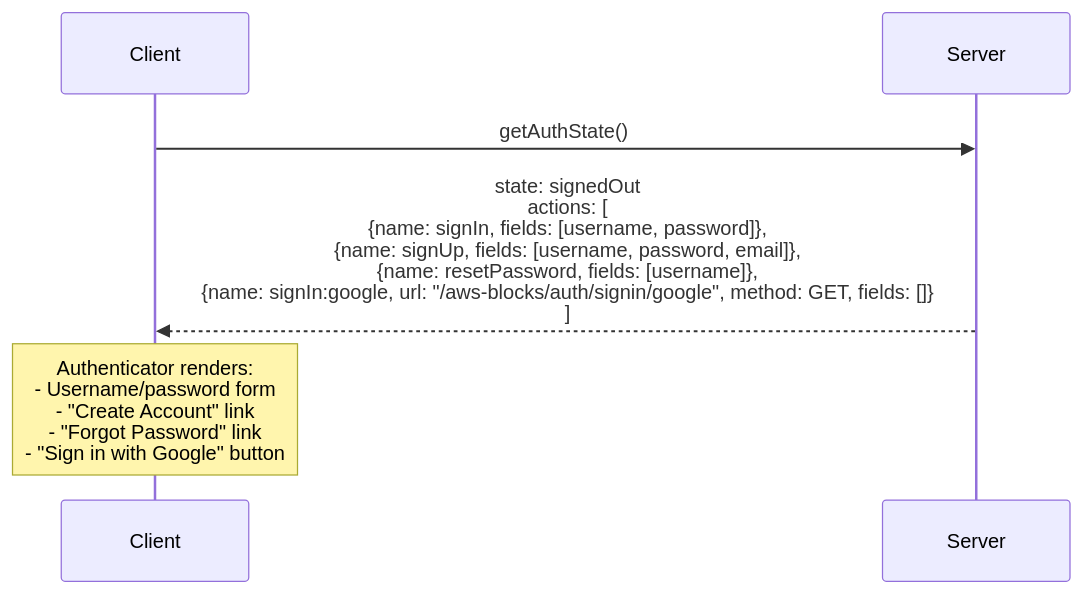
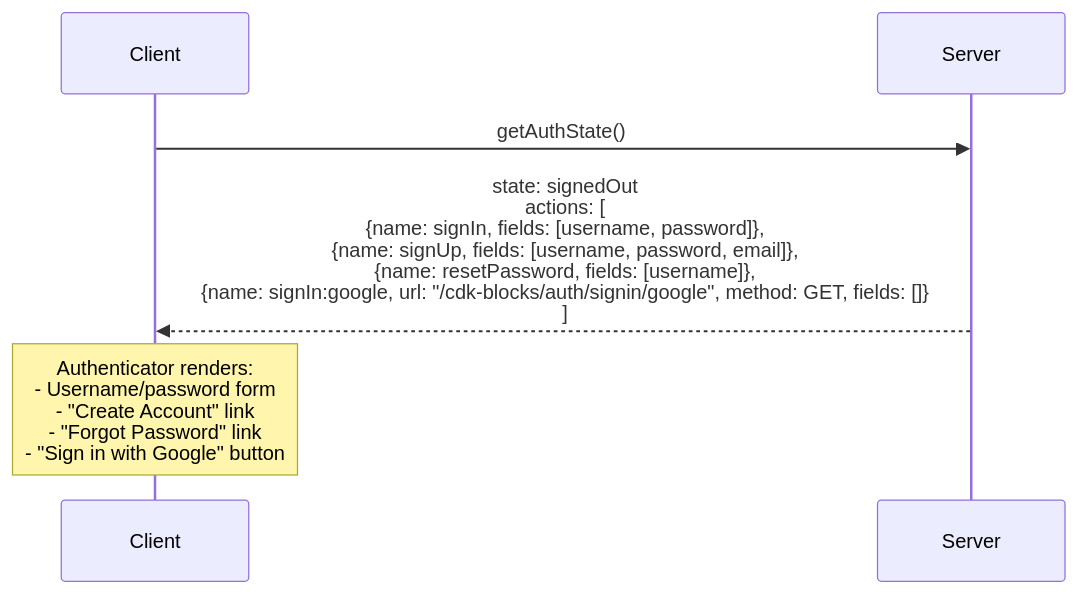
One commit to aws-devtools-labs/aws-blocks changed the seventh of 7 diagrams in packages/auth-common/DESIGN.md. Above: the diagram before and after it, drawn with Mermaid. The commit also changed other lines of this file and 438 other files, not shown here.

Commit message:
feat!: serve the framework URL prefix at /cdk-blocks/, keep /aws-blocks/ as a legacy alias

````diff
--- a/packages/auth-common/DESIGN.md
+++ b/packages/auth-common/DESIGN.md
@@ -155,10 +155,10 @@
 ```mermaid
 sequenceDiagram
 	participant C as Client
 	participant S as Server
 
 	C->>S: getAuthState()
-	S-->>C: state: signedOut<br/>actions: [<br/>{name: signIn, fields: [username, password]},<br/>{name: signUp, fields: [username, password, email]},<br/>{name: resetPassword, fields: [username]},<br/>{name: signIn:google, url: "/aws-blocks/auth/signin/google", method: GET, fields: []}<br/>]
+	S-->>C: state: signedOut<br/>actions: [<br/>{name: signIn, fields: [username, password]},<br/>{name: signUp, fields: [username, password, email]},<br/>{name: resetPassword, fields: [username]},<br/>{name: signIn:google, url: "/cdk-blocks/auth/signin/google", method: GET, fields: []}<br/>]
 
 	Note over C: Authenticator renders:<br/>- Username/password form<br/>- "Create Account" link<br/>- "Forgot Password" link<br/>- "Sign in with Google" button
 ```
````
